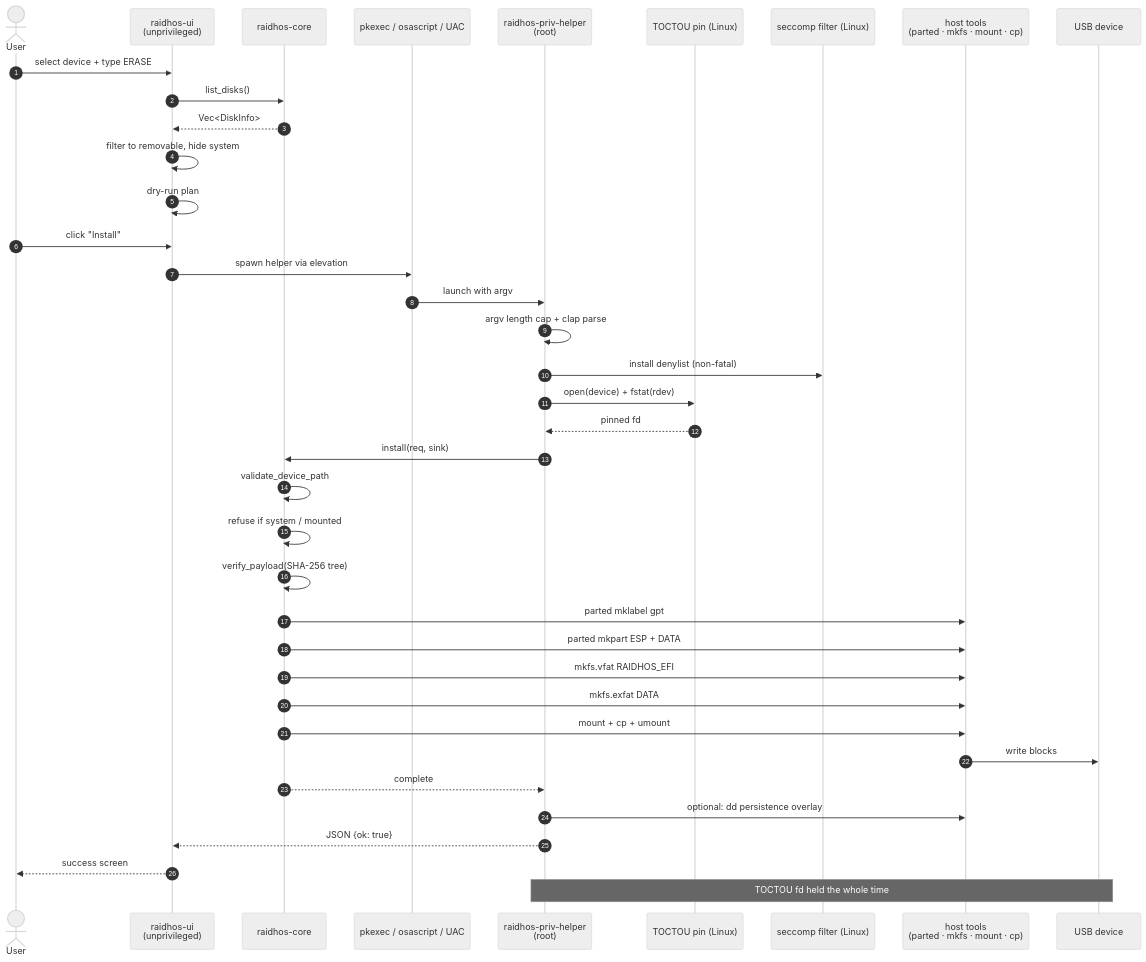
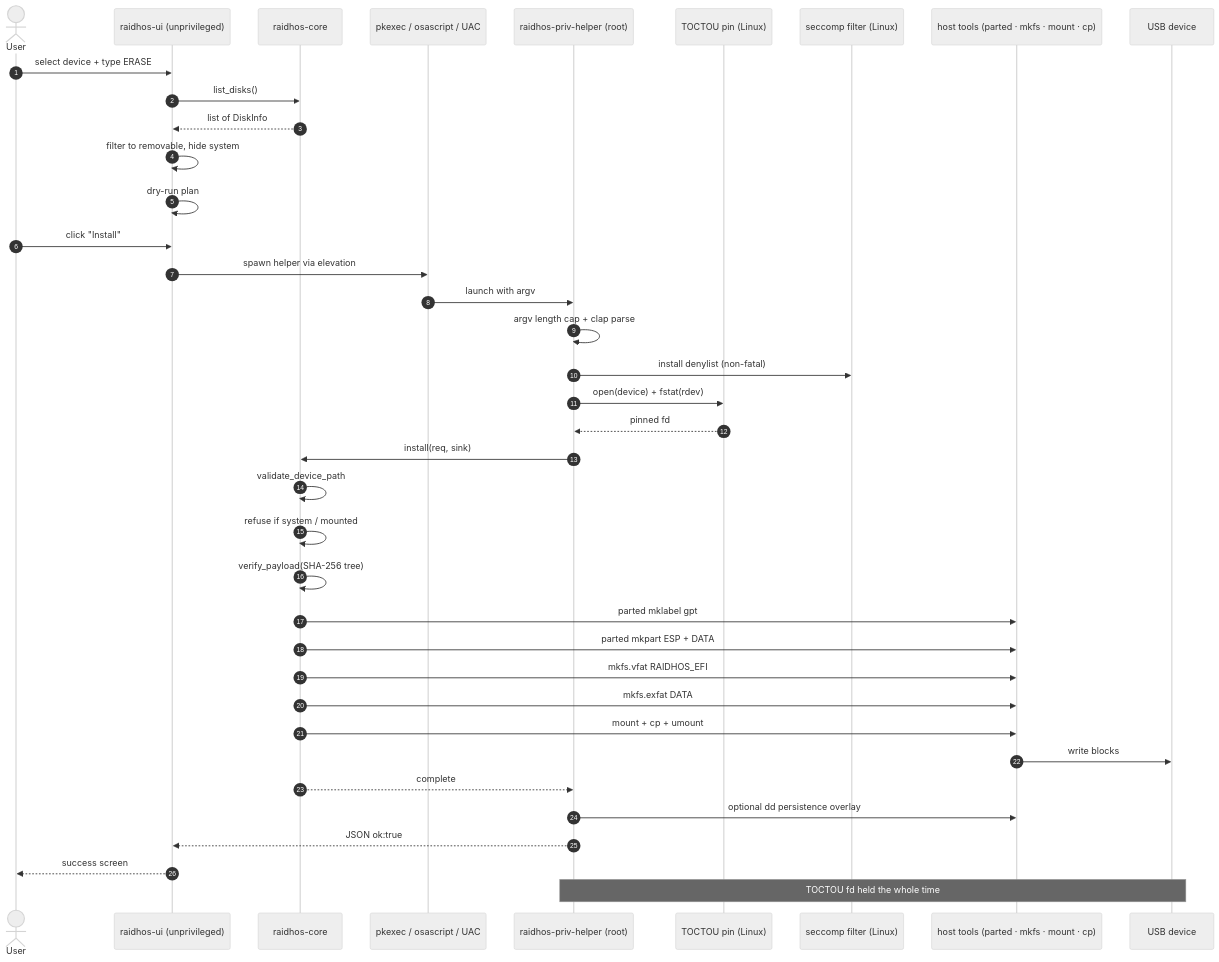
One commit to sebastienrousseau/raidhos changed the second of 6 diagrams in docs/ARCHITECTURE.md. Above: the diagram before and after it, drawn with Mermaid. The commit also changed other lines of this file and 5 other files, not shown here.

````diff
--- a/docs/ARCHITECTURE.md
+++ b/docs/ARCHITECTURE.md
@@ -196,42 +196,42 @@
 ```mermaid
 %%{init: {'theme':'neutral'}}%%
 sequenceDiagram
     autonumber
     actor User
-    participant UI as raidhos-ui<br/>(unprivileged)
+    participant UI as raidhos-ui (unprivileged)
     participant CORE as raidhos-core
     participant POLKIT as pkexec / osascript / UAC
-    participant HELPER as raidhos-priv-helper<br/>(root)
+    participant HELPER as raidhos-priv-helper (root)
     participant TOCTOU as TOCTOU pin (Linux)
     participant SECCOMP as seccomp filter (Linux)
-    participant HOST as host tools<br/>(parted · mkfs · mount · cp)
+    participant HOST as host tools (parted · mkfs · mount · cp)
     participant USB as USB device
 
     User->>UI: select device + type ERASE
     UI->>CORE: list_disks()
-    CORE-->>UI: Vec<DiskInfo>
+    CORE-->>UI: list of DiskInfo
     UI->>UI: filter to removable, hide system
     UI->>UI: dry-run plan
     User->>UI: click "Install"
     UI->>POLKIT: spawn helper via elevation
     POLKIT->>HELPER: launch with argv
     HELPER->>HELPER: argv length cap + clap parse
     HELPER->>SECCOMP: install denylist (non-fatal)
     HELPER->>TOCTOU: open(device) + fstat(rdev)
     TOCTOU-->>HELPER: pinned fd
     HELPER->>CORE: install(req, sink)
     CORE->>CORE: validate_device_path
     CORE->>CORE: refuse if system / mounted
     CORE->>CORE: verify_payload(SHA-256 tree)
     CORE->>HOST: parted mklabel gpt
     CORE->>HOST: parted mkpart ESP + DATA
     CORE->>HOST: mkfs.vfat RAIDHOS_EFI
     CORE->>HOST: mkfs.exfat DATA
     CORE->>HOST: mount + cp + umount
     HOST->>USB: write blocks
     CORE-->>HELPER: complete
-    HELPER->>HOST: optional: dd persistence overlay
-    HELPER-->>UI: JSON {ok: true}
+    HELPER->>HOST: optional dd persistence overlay
+    HELPER-->>UI: JSON ok:true
     UI-->>User: success screen
     Note over HELPER,USB: TOCTOU fd held the whole time
 ```
````
